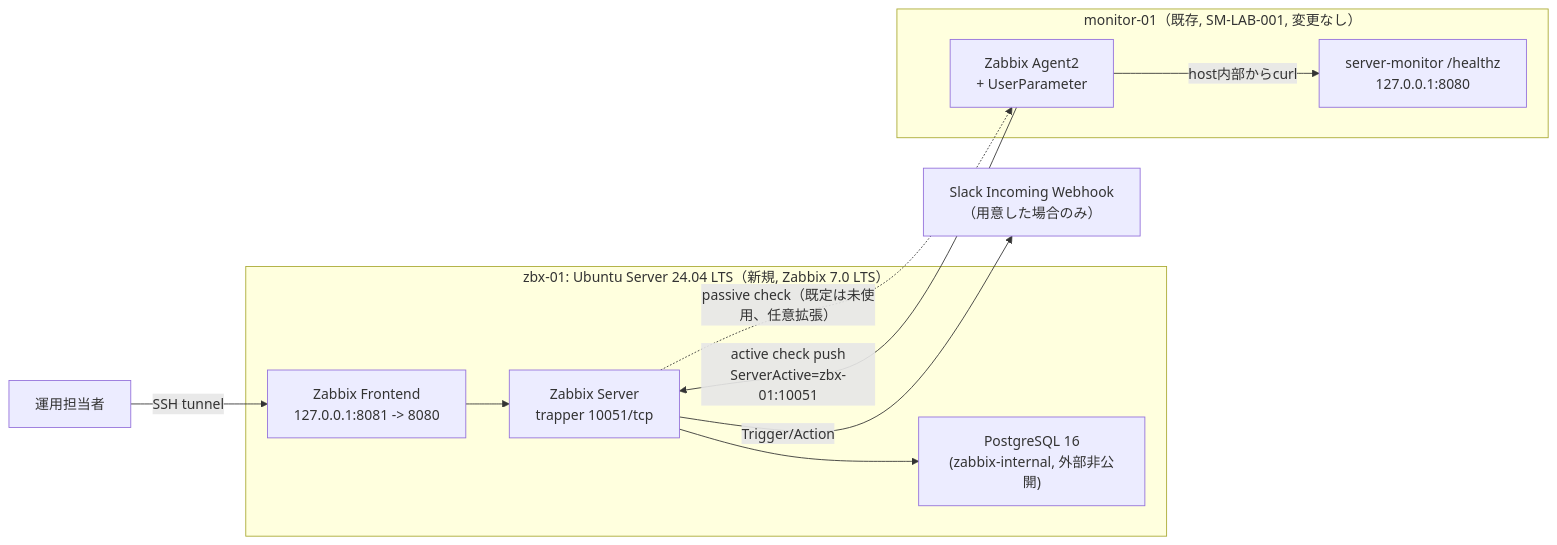
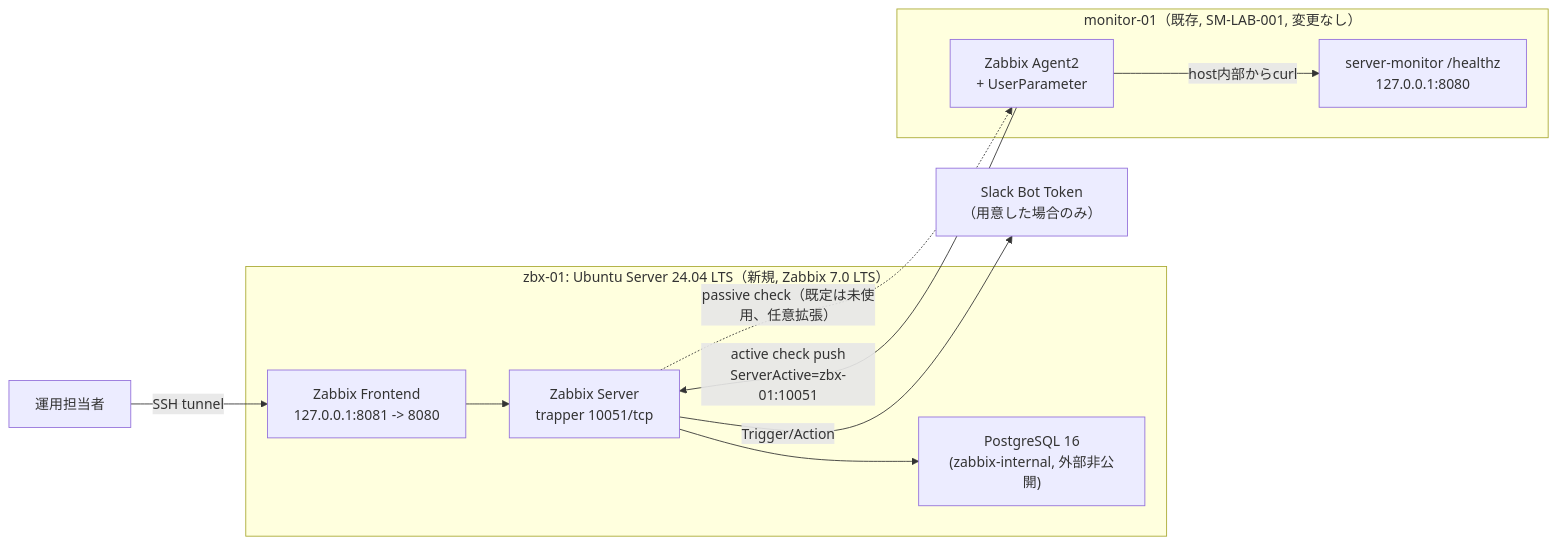
The diagram in docs/build-package-zabbix/01-basic-design.md (ns7jp/server), drawn with Mermaid before and after one commit. The commit also changed other lines of this file and 15 other files, not shown here.

````diff
--- a/docs/build-package-zabbix/01-basic-design.md
+++ b/docs/build-package-zabbix/01-basic-design.md
@@ -26,22 +26,22 @@
 ```mermaid
 flowchart LR
     Operator["運用担当者"] -->|"SSH tunnel"| Web
 
     subgraph Zbx01["zbx-01: Ubuntu Server 24.04 LTS（新規, Zabbix 7.0 LTS）"]
         Web["Zabbix Frontend\n127.0.0.1:8081 -> 8080"]
         Server["Zabbix Server\ntrapper 10051/tcp"]
         DB["PostgreSQL 16\n(zabbix-internal, 外部非公開)"]
         Web --> Server
         Server --> DB
     end
 
     subgraph Monitor01["monitor-01（既存, SM-LAB-001, 変更なし）"]
         Agent["Zabbix Agent2\n+ UserParameter"]
         App["server-monitor /healthz\n127.0.0.1:8080"]
         Agent -->|"host内部からcurl"| App
     end
 
     Agent -->|"active check push\nServerActive=zbx-01:10051"| Server
     Server -.->|"passive check（既定は未使用、任意拡張）"| Agent
-    Server -->|"Trigger/Action"| Slack["Slack Incoming Webhook\n（用意した場合のみ）"]
+    Server -->|"Trigger/Action"| Slack["Slack Bot Token\n（用意した場合のみ）"]
 ```
````
